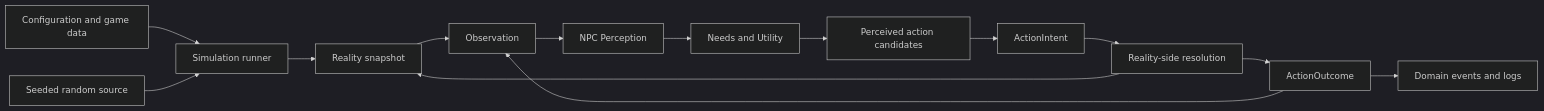
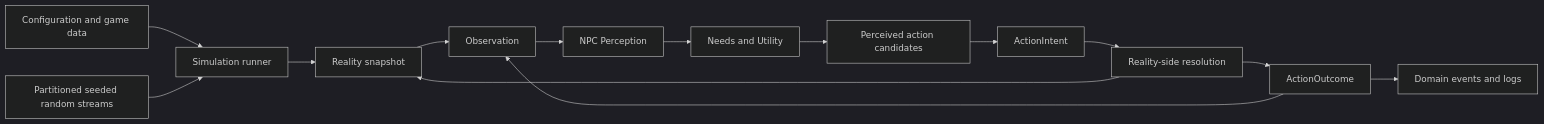
Before and after one commit to yoppy115/urutora: the first of 2 diagrams in docs/architecture/ARCHITECTURE.md, drawn with Mermaid (dark theme). The commit also changed other lines of this file and 27 other files, not shown here.

````diff
--- a/docs/architecture/ARCHITECTURE.md
+++ b/docs/architecture/ARCHITECTURE.md
@@ -18,16 +20,16 @@
 ```mermaid
 flowchart LR
     C["Configuration and game data"] --> R["Simulation runner"]
-    S["Seeded random source"] --> R
+    S["Partitioned seeded random streams"] --> R
     R --> W["Reality snapshot"]
     W --> O["Observation"]
     O --> P["NPC Perception"]
     P --> N["Needs and Utility"]
     N --> K["Perceived action candidates"]
     K --> I["ActionIntent"]
     I --> A["Reality-side resolution"]
     A --> W
     A --> U["ActionOutcome"]
     U --> O
     U --> E["Domain events and logs"]
 ```
````
